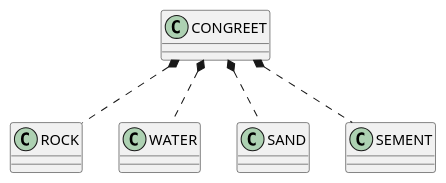
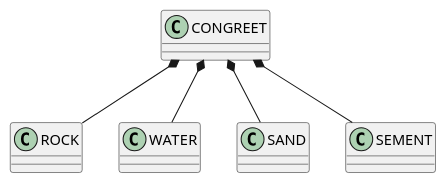
The first of 5 diagrams in README.md (est160/OOAD-WEEK09), drawn with PlantUML before and after one commit. The commit also changed other lines of this file, not shown here.

```diff
--- a/README.md
+++ b/README.md
@@ -6,12 +6,12 @@
  @startuml
  
-CONGREET *.. ROCK
+CONGREET *-- ROCK
 
-CONGREET *.. WATER
+CONGREET *-- WATER
 
-CONGREET *.. SAND
+CONGREET *-- SAND
 
-CONGREET *.. SEMENT
+CONGREET *-- SEMENT
 
 
 @enduml
```
